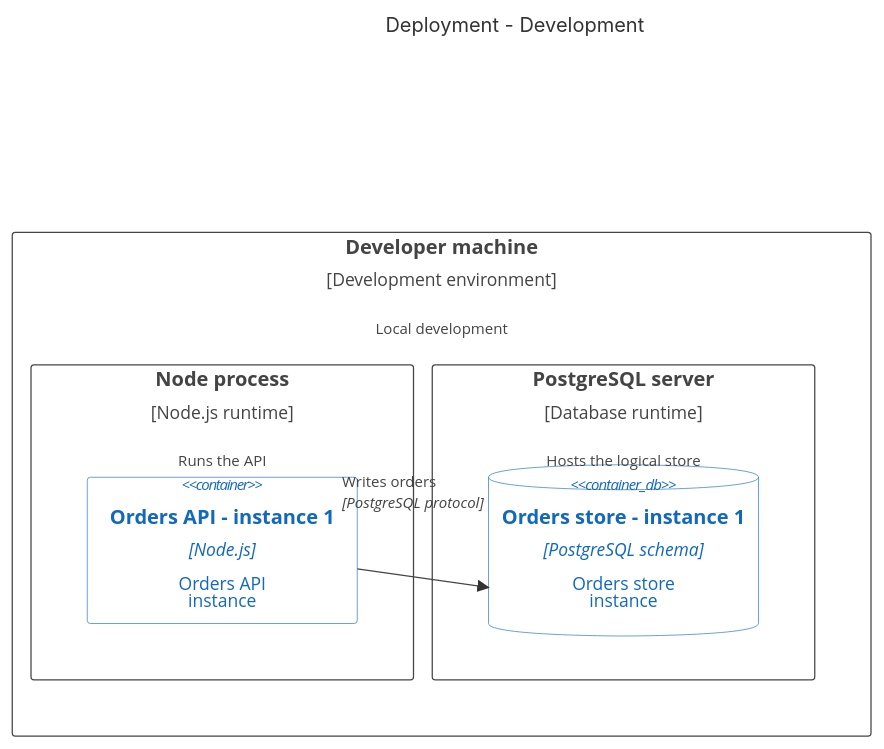
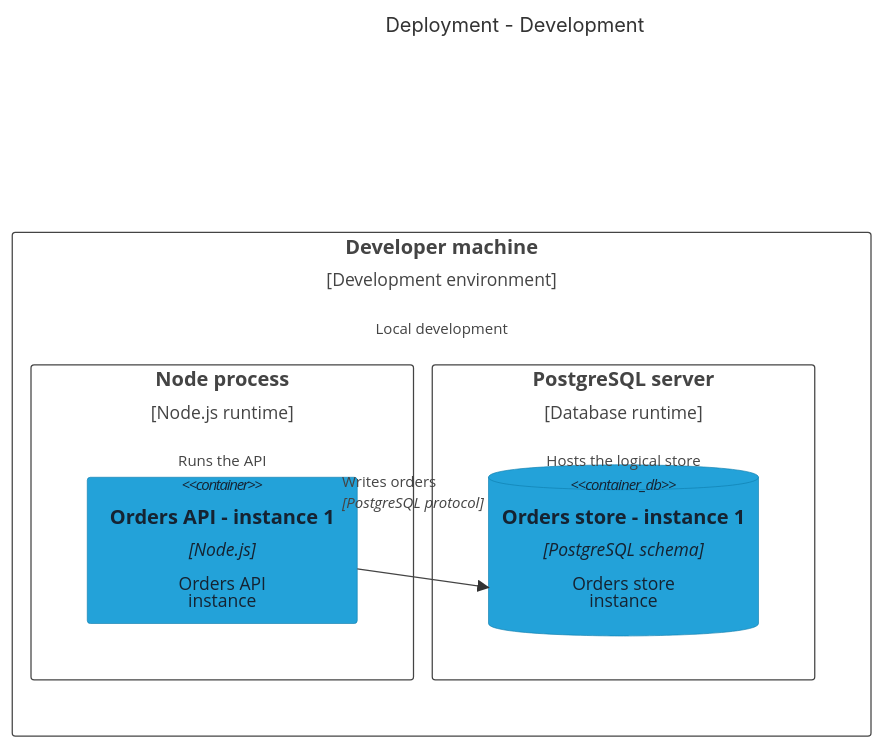
One commit to eccodolf/c4-mermaid changed the diagram in plugins/c4-mermaid/skills/c4-mermaid/assets/templates/deployment.mmd. Above: the diagram before and after it, drawn with Mermaid. The commit also changed 134 other files, not shown here.

Commit message:
Require supplied native C4 assets and bundle reusable draw.io library

```diff
--- a/plugins/c4-mermaid/skills/c4-mermaid/assets/templates/deployment.mmd
+++ b/plugins/c4-mermaid/skills/c4-mermaid/assets/templates/deployment.mmd
@@ -1,28 +1,31 @@
 ---
 config:
   c4:
     c4ShapeMargin: 45
     c4ShapePadding: 10
     diagramMarginX: 15
     diagramMarginY: 15
 ---
 C4Deployment
 title Deployment - Development
 Deployment_Node(dev, "Developer machine", "Development environment", "Local development") {
   Deployment_Node(runtime, "Node process", "Node.js runtime", "Runs the API") {
     Container(api_dev, "Orders API - instance 1", "Node.js", "Orders API<br/>instance")
   }
   Deployment_Node(postgres, "PostgreSQL server", "Database runtime", "Hosts the logical store") {
     ContainerDb(db_dev, "Orders store - instance 1", "PostgreSQL schema", "Orders store<br/>instance")
   }
 }
 Rel(api_dev, db_dev, "Writes orders", "PostgreSQL protocol")
-UpdateElementStyle(api_dev, $bgColor="#FFFFFF", $fontColor="#1168BD", $borderColor="#1168BD")
-UpdateElementStyle(db_dev, $bgColor="#FFFFFF", $fontColor="#1168BD", $borderColor="#1168BD")
+UpdateElementStyle(api_dev, $bgColor="#23A2D9", $fontColor="#152332", $borderColor="#0E7DAD")
+UpdateElementStyle(db_dev, $bgColor="#23A2D9", $fontColor="#152332", $borderColor="#0E7DAD")
 UpdateRelStyle(api_dev, db_dev, $offsetX="-65", $offsetY="-80")
 UpdateLayoutConfig($c4ShapeInRow="2", $c4BoundaryInRow="2")
 
-%% legend: Environment = Development. Nested neutral frames = hosting nodes/runtimes. Blue blocks = placed instances of logical containers.
+%% legend: Canonical draw.io C4 roles: dark blue Person, blue System, cyan Container, light cyan Component, muted violet external System. Mermaid glyphs adapt the native assets.
 %% legend: Rectangle = application. Cylinder = logical store. Arrow = the API instance accessing the database instance.
 %% legend: This is a partial development deployment, not evidence of production topology.
 %% legend: Sizes accommodate content and carry no extra architectural meaning. Neutral relationship colors add no extra meaning. Arrowheads indicate the labeled direction.
+
+
+%% legend: Exact C4 shapes require the native draw.io companion; Mermaid syntax cannot import the native assets.
```
